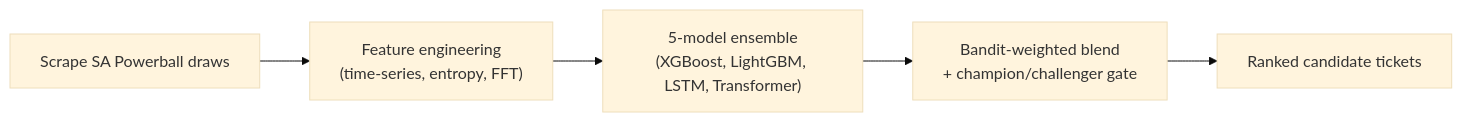
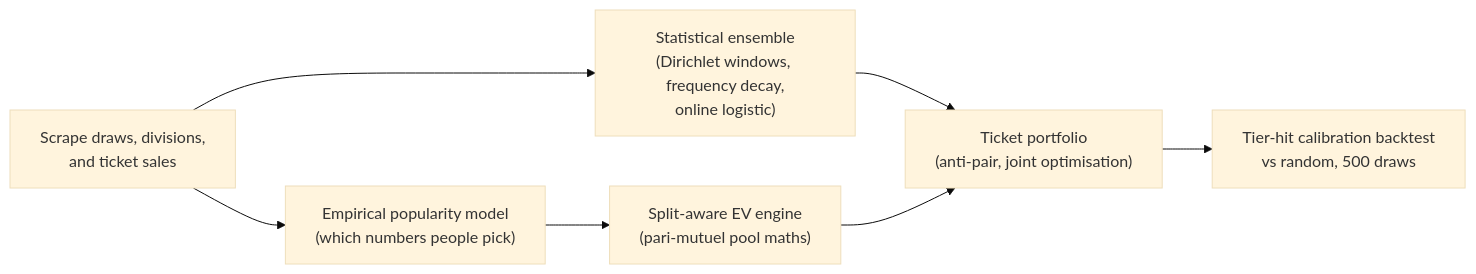
The diagram in site/src/content/work/powerball.md (stewartburton/stewartburton.github.io), drawn with Mermaid (base theme) before and after one commit. The commit also changed other lines of this file and 1 other file, not shown here.

First line of the commit message:
Update Powerball ML to match the repo's July redesign

````diff
--- a/site/src/content/work/powerball.md
+++ b/site/src/content/work/powerball.md
@@ -20,7 +20,9 @@
 ```mermaid
 flowchart LR
-    Scrape["Scrape SA Powerball draws"] --> Features["Feature engineering\n(time-series, entropy, FFT)"]
-    Features --> Ensemble["5-model ensemble\n(XGBoost, LightGBM, LSTM, Transformer)"]
-    Ensemble --> Bandit["Bandit-weighted blend\n+ champion/challenger gate"]
-    Bandit --> Tickets["Ranked candidate tickets"]
+    Scrape["Scrape draws, divisions,\nand ticket sales"] --> Stats["Statistical ensemble\n(Dirichlet windows, frequency decay,\nonline logistic)"]
+    Scrape --> Pop["Empirical popularity model\n(which numbers people pick)"]
+    Pop --> EV["Split-aware EV engine\n(pari-mutuel pool maths)"]
+    Stats --> Tickets["Ticket portfolio\n(anti-pair, joint optimisation)"]
+    EV --> Tickets
+    Tickets --> Backtest["Tier-hit calibration backtest\nvs random, 500 draws"]
 ```
````
